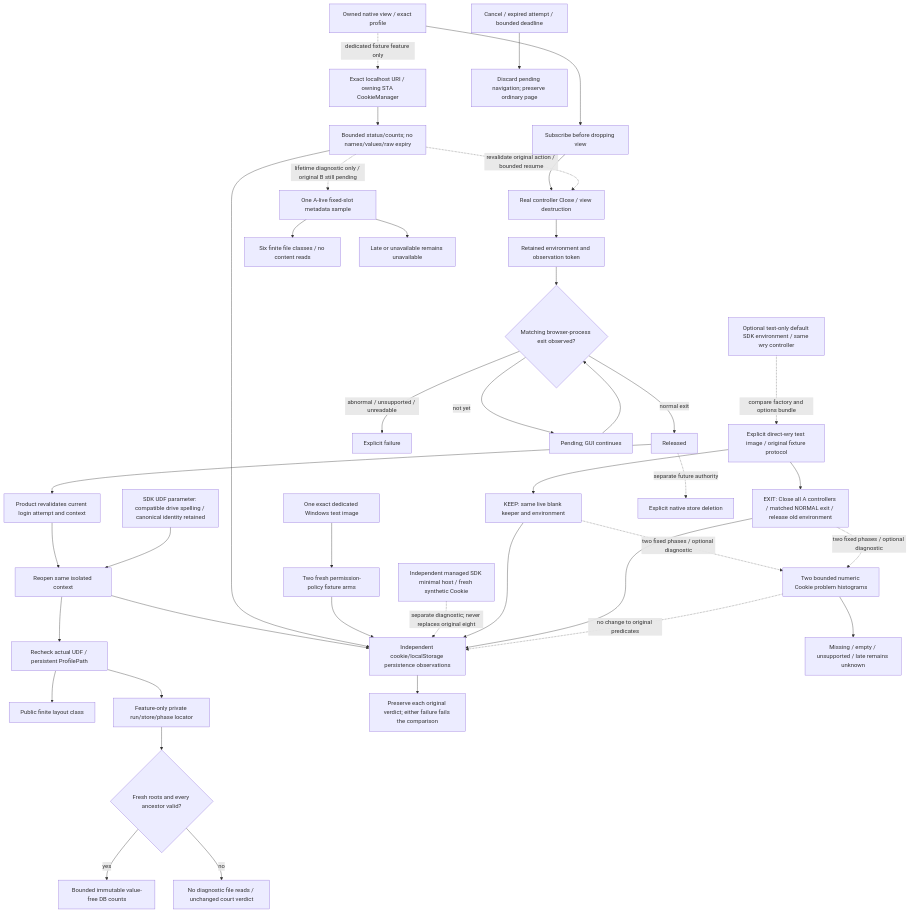
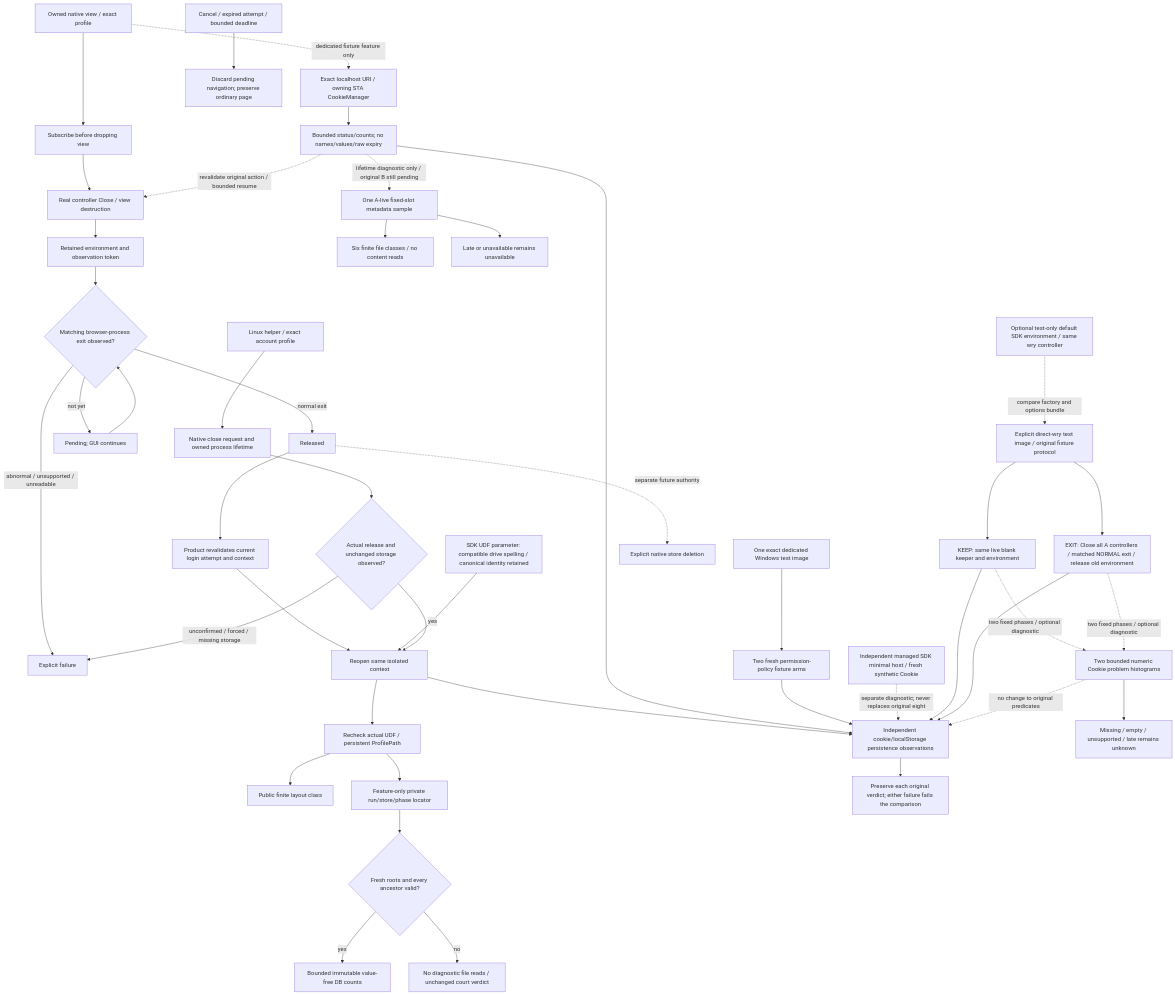
One commit to partnernetsoftware/minicon changed the diagram in prd/PRD_02_28_01_browser_context_lifecycle.md. Above: the diagram before and after it, drawn with Mermaid. The commit also changed other lines of this file and 2 other files, not shown here.

Commit message:
Record physical editor evidence and Linux context reuse failure

````diff
--- a/prd/PRD_02_28_01_browser_context_lifecycle.md
+++ b/prd/PRD_02_28_01_browser_context_lifecycle.md
@@ -94,41 +99,45 @@
 ```mermaid
 flowchart TD
     V[Owned native view / exact profile] --> SUB[Subscribe before dropping view]
     SUB --> CLOSE[Real controller Close / view destruction]
     CLOSE --> P[Retained environment and observation token]
     P --> EVENT{Matching browser-process exit observed?}
     EVENT -->|normal exit| READY[Released]
     EVENT -->|abnormal / unsupported / unreadable| FAIL[Explicit failure]
     EVENT -->|not yet| WAIT[Pending; GUI continues]
     WAIT --> EVENT
     READY --> R[Product revalidates current login attempt and context]
     R --> OPEN[Reopen same isolated context]
     OPEN --> STORE[Independent cookie/localStorage persistence observations]
     OPEN --> SDK[Recheck actual UDF / persistent ProfilePath]
     DOS[SDK UDF parameter: compatible drive spelling / canonical identity retained] --> OPEN
     SDK --> FINITE[Public finite layout class]
     SDK --> PRIVATE[Feature-only private run/store/phase locator]
     V -. dedicated fixture feature only .-> QUERY[Exact localhost URI / owning STA CookieManager]
     QUERY --> META[Bounded status/counts; no names/values/raw expiry]
     META -. revalidate original action / bounded resume .-> CLOSE
     META --> STORE
     META -. lifetime diagnostic only / original B still pending .-> PF[One A-live fixed-slot metadata sample]
     PF --> CLASS[Six finite file classes / no content reads]
     PF --> PU[Late or unavailable remains unavailable]
     IMAGE[One exact dedicated Windows test image] --> ACL[Two fresh permission-policy fixture arms]
     ACL --> STORE
     LIFE[Explicit direct-wry test image / original fixture protocol] --> K[KEEP: same live blank keeper and environment]
     LIFE --> X[EXIT: Close all A controllers / matched NORMAL exit / release old environment]
     FACTORY[Optional test-only default SDK environment / same wry controller] -. compare factory and options bundle .-> LIFE
     SDKHOST[Independent managed SDK minimal host / fresh synthetic Cookie] -. separate diagnostic; never replaces original eight .-> STORE
     K & X --> STORE
     K & X -. two fixed phases / optional diagnostic .-> HIST[Two bounded numeric Cookie problem histograms]
     HIST --> UNKNOWN[Missing / empty / unsupported / late remains unknown]
     HIST -. no change to original predicates .-> STORE
     STORE --> BOTH[Preserve each original verdict; either failure fails the comparison]
     PRIVATE --> ROOTS{Fresh roots and every ancestor valid?}
     ROOTS -->|yes| DB[Bounded immutable value-free DB counts]
     ROOTS -->|no| UNAVAILABLE[No diagnostic file reads / unchanged court verdict]
     CANCEL[Cancel / expired attempt / bounded deadline] --> DISCARD[Discard pending navigation; preserve ordinary page]
     READY -. separate future authority .-> DELETE[Explicit native store deletion]
+    LNX[Linux helper / exact account profile] --> LCLOSE[Native close request and owned process lifetime]
+    LCLOSE --> LRESULT{Actual release and unchanged storage observed?}
+    LRESULT -->|yes| OPEN
+    LRESULT -->|unconfirmed / forced / missing storage| FAIL
 ```
````
